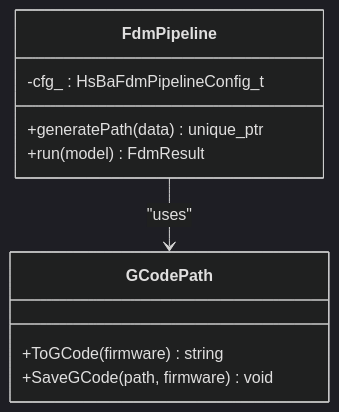
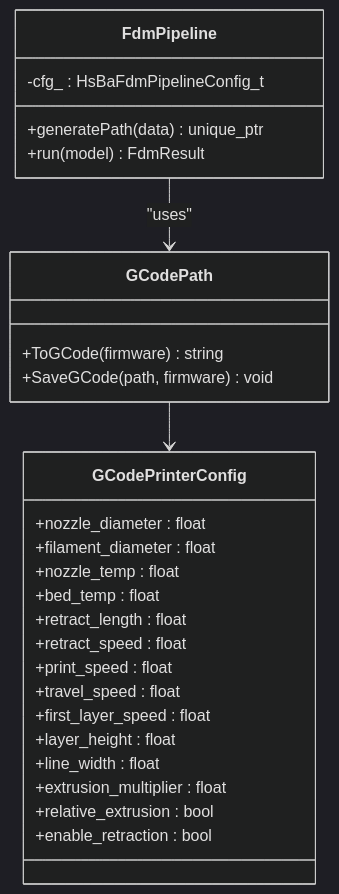
One commit to hsmbanlance/HsBaSlicer changed the sixth of 8 diagrams in .qoder/repowiki/en/content/Model Processing/Model Preprocessing System.md. Above: the diagram before and after it, drawn with Mermaid (dark theme). The commit also changed other lines of this file and 14 other files, not shown here.

````diff
--- a/.qoder/repowiki/en/content/Model Processing/Model Preprocessing System.md
+++ b/.qoder/repowiki/en/content/Model Processing/Model Preprocessing System.md
@@ -258,13 +285,30 @@
 ```mermaid
 classDiagram
 class FdmPipeline {
 -cfg_ : HsBaFdmPipelineConfig_t
 +generatePath(data) unique_ptr<GCodePath>
 +run(model) FdmResult
 }
 class GCodePath {
 +ToGCode(firmware) string
 +SaveGCode(path, firmware) void
 }
+class GCodePrinterConfig {
++nozzle_diameter : float
++filament_diameter : float
++nozzle_temp : float
++bed_temp : float
++retract_length : float
++retract_speed : float
++print_speed : float
++travel_speed : float
++first_layer_speed : float
++layer_height : float
++line_width : float
++extrusion_multiplier : float
++relative_extrusion : bool
++enable_retraction : bool
+}
 FdmPipeline --> GCodePath : "uses"
+GCodePath --> GCodePrinterConfig
 ```
````
